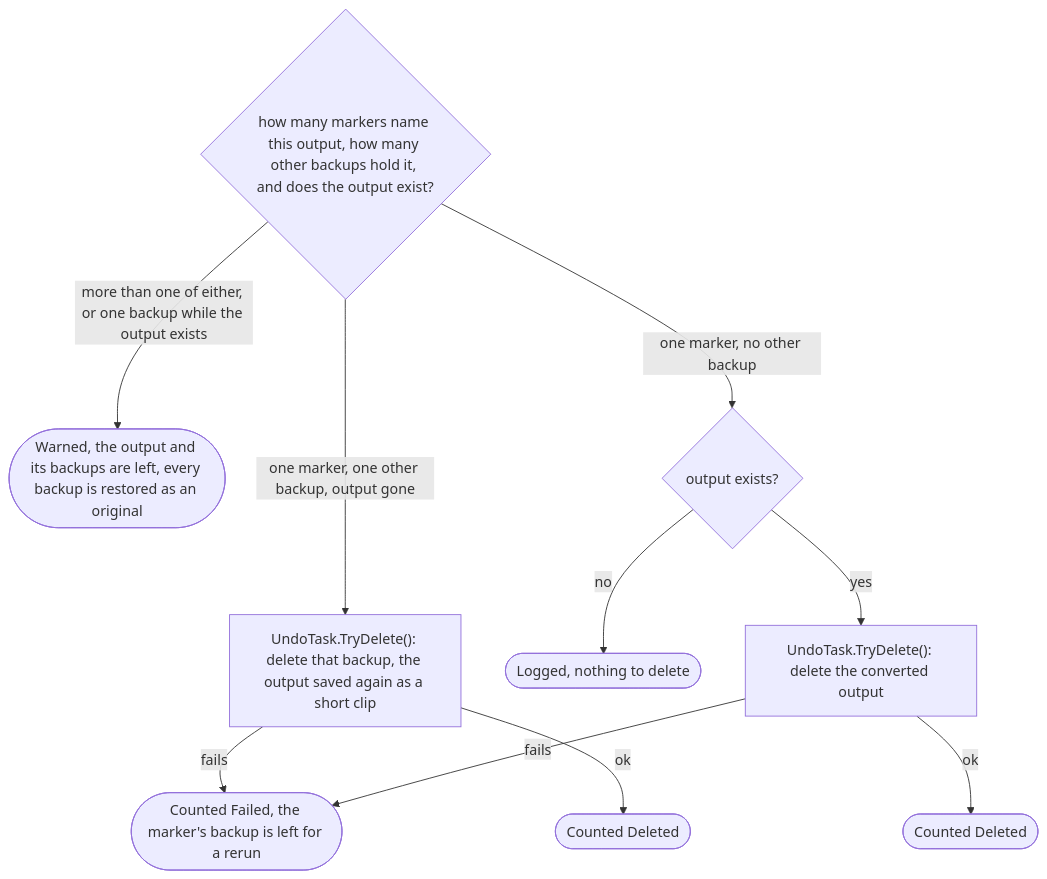
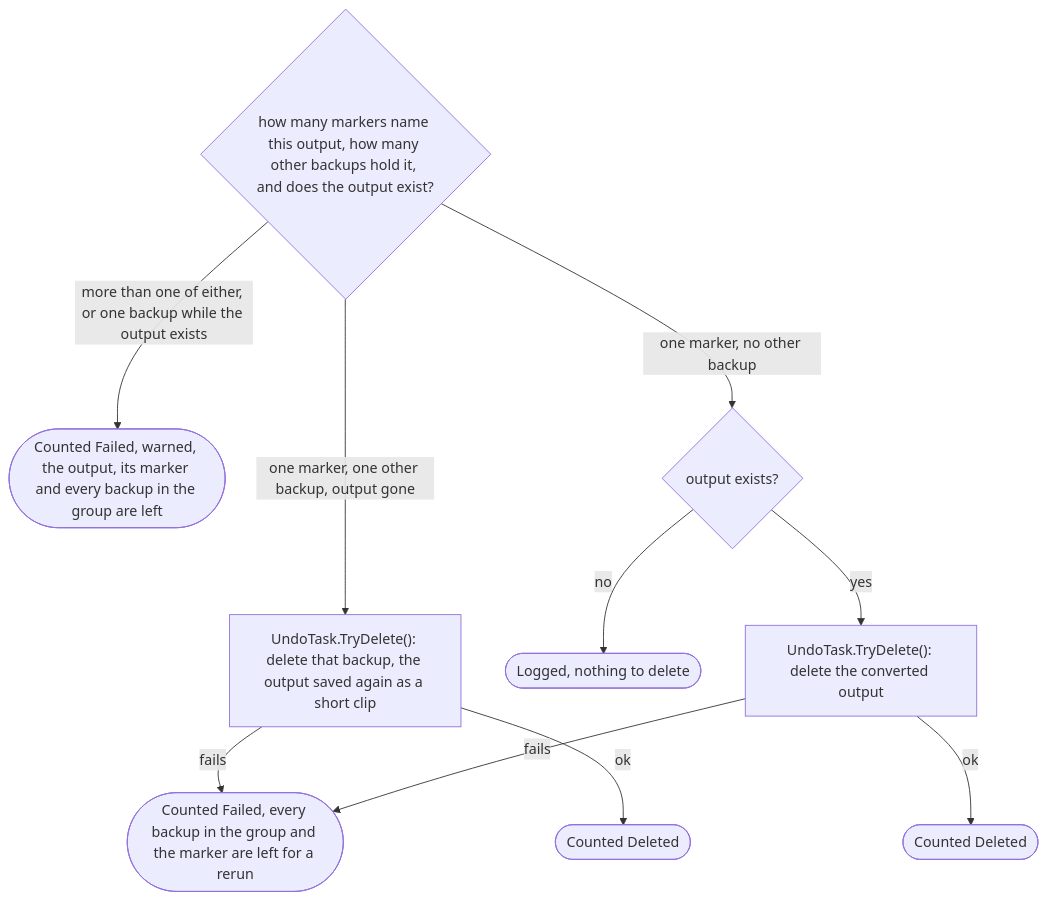
One commit to ptr727/PhotoCleaner changed diagram 20 of 23 in ARCHITECTURE.md. Above: the diagram before and after it, drawn with Mermaid. The commit also changed other lines of this file and 3 other files, not shown here.

First line of the commit message:
Leave an Ambiguous Output Group as It Is, and Count It Failed

````diff
--- a/ARCHITECTURE.md
+++ b/ARCHITECTURE.md
@@ -1001,13 +1001,13 @@
 ```mermaid
 flowchart TD
   C1{"how many markers name this output, how many other backups hold it, and does the output exist?"}
-  C1 -->|"more than one of either, or one backup while the output exists"| C2(["Warned, the output and its backups are left, every backup is restored as an original"])
+  C1 -->|"more than one of either, or one backup while the output exists"| C2(["Counted Failed, warned, the output, its marker and every backup in the group are left"])
   C1 -->|"one marker, one other backup, output gone"| C3["UndoTask.TryDelete(): delete that backup, the output saved again as a short clip"]
-  C3 -->|"fails"| C4(["Counted Failed, the marker's backup is left for a rerun"])
+  C3 -->|"fails"| C4(["Counted Failed, every backup in the group and the marker are left for a rerun"])
   C3 -->|"ok"| C5(["Counted Deleted"])
   C1 -->|"one marker, no other backup"| C6{"output exists?"}
   C6 -->|"no"| C7(["Logged, nothing to delete"])
   C6 -->|"yes"| C8["UndoTask.TryDelete(): delete the converted output"]
   C8 -->|"fails"| C4
   C8 -->|"ok"| C9(["Counted Deleted"])
 ```
````
